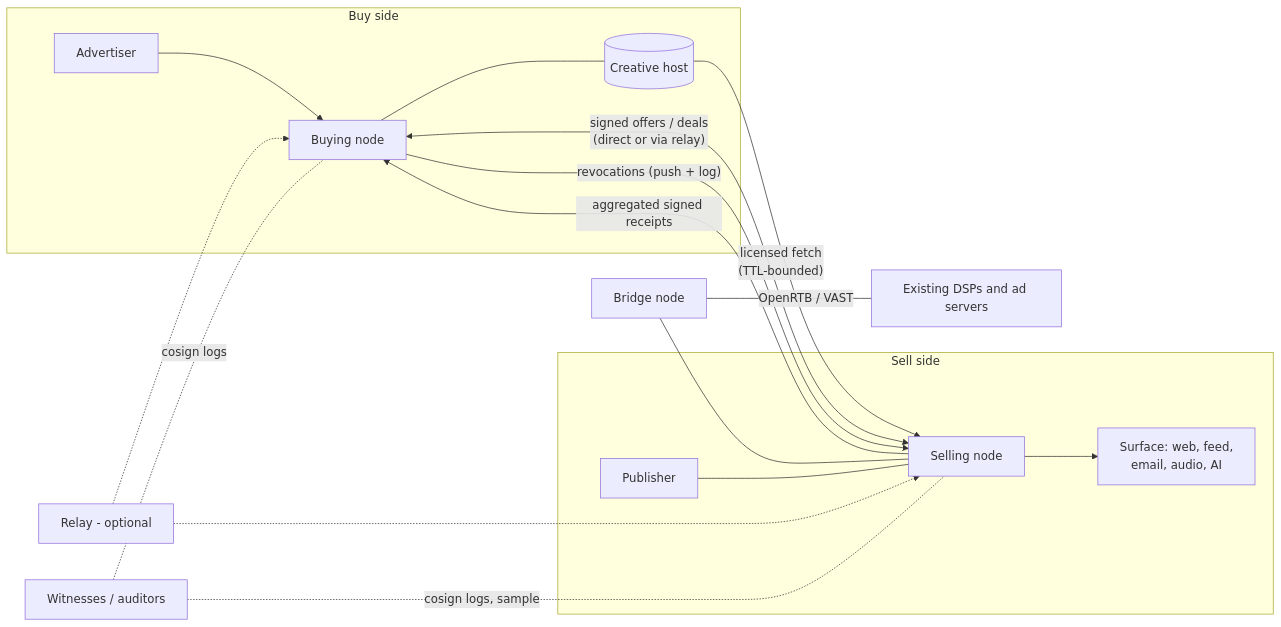
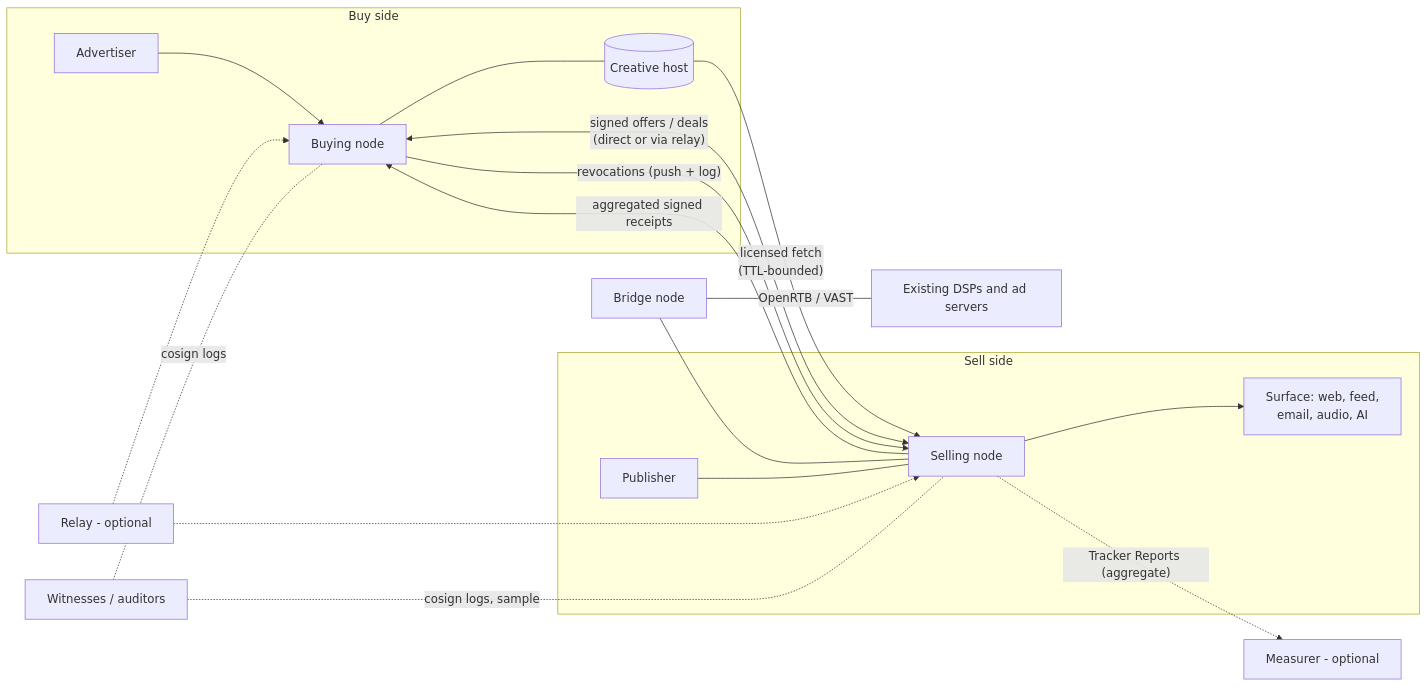
Before and after one commit to federated-ads/spec: the first of 3 diagrams in docs/whitepaper/federated-ads-whitepaper.md, drawn with Mermaid. The commit also changed other lines of this file and 1 other file, not shown here.

````diff
--- a/docs/whitepaper/federated-ads-whitepaper.md
+++ b/docs/whitepaper/federated-ads-whitepaper.md
@@ -350,21 +352,22 @@
 ```mermaid
 flowchart LR
   subgraph Buy side
     ADV[Advertiser] --> BN[Buying node]
     BN --- CH[(Creative host)]
   end
   subgraph Sell side
     SN[Selling node] --> SURF[Surface: web, feed,<br/>email, audio, AI]
     PUB[Publisher] --- SN
   end
   BN <-- "signed offers / deals<br/>(direct or via relay)" --> SN
   R[Relay - optional] -.-> BN
   R -.-> SN
   CH -- "licensed fetch<br/>(TTL-bounded)" --> SN
   BN -- "revocations (push + log)" --> SN
   SN -- "aggregated signed receipts" --> BN
+  SN -. "Tracker Reports (aggregate)" .-> M[Measurer - optional]
   W[Witnesses / auditors] -. "cosign logs, sample" .- SN
   W -. "cosign logs" .- BN
   BRIDGE[Bridge node] -- "OpenRTB / VAST" --- LEGACY[Existing DSPs and ad servers]
   BRIDGE --- SN
 ```
````
